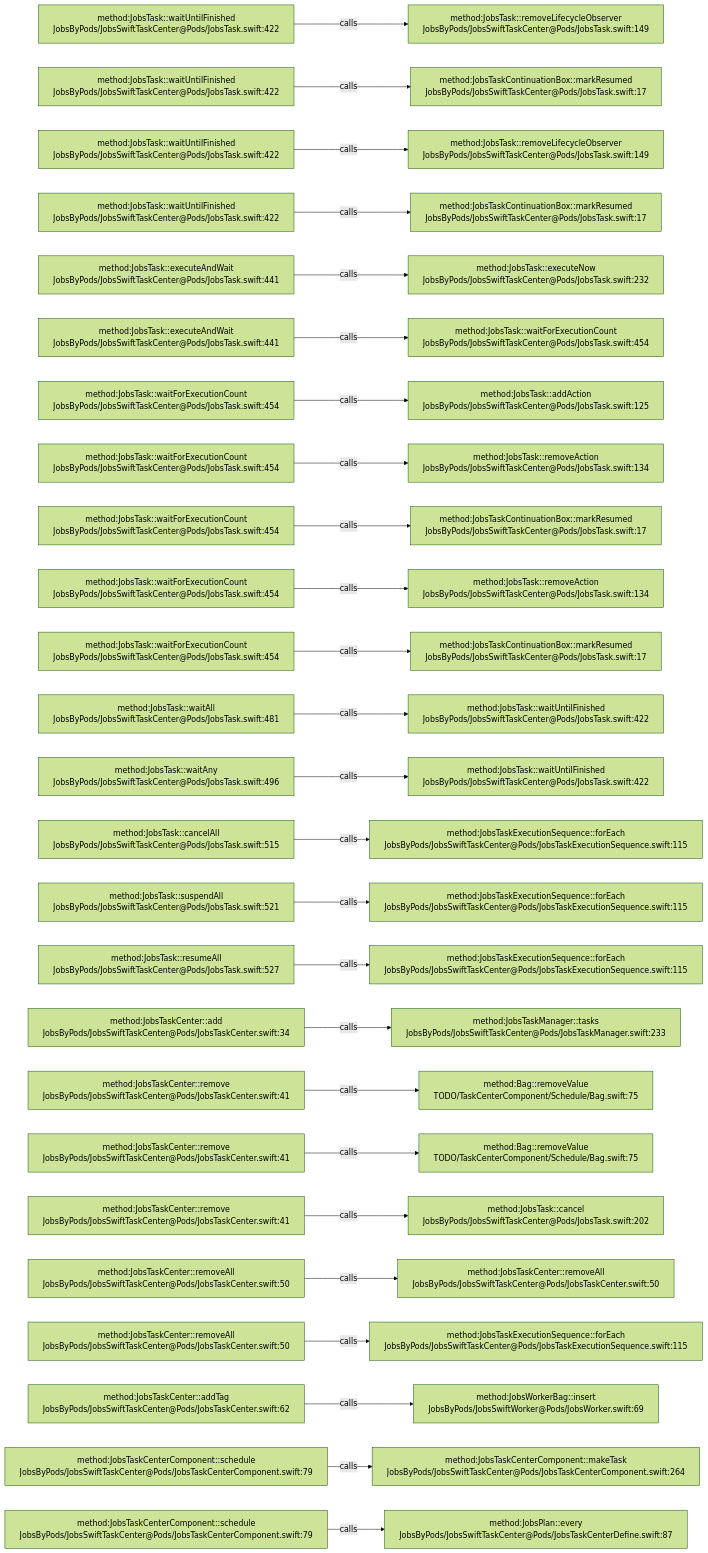
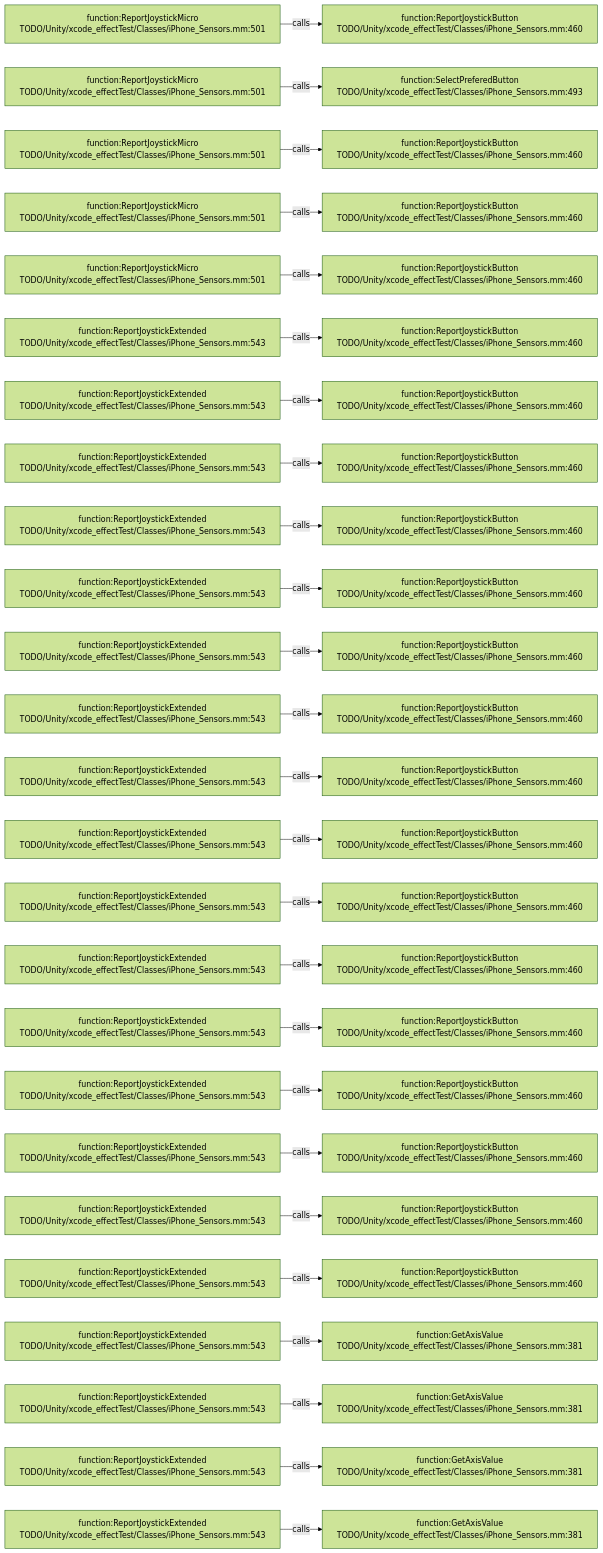
One commit to JobsKits/JobsSwiftBaseConfigDemo changed the diagram in .codegraph/codegraph.md/graphs/calls-052.md. Above: the diagram before and after it, drawn with Mermaid (forest theme). The commit also changed 227 other files, not shown here.

````diff
--- a/.codegraph/codegraph.md/graphs/calls-052.md
+++ b/.codegraph/codegraph.md/graphs/calls-052.md
@@ -13,78 +13,78 @@
 ```mermaid
 flowchart LR
-  S1["method:JobsTask::waitUntilFinished<br/>JobsByPods/JobsSwiftTaskCenter@Pods/JobsTask.swift:422"]
-  T1["method:JobsTask::removeLifecycleObserver<br/>JobsByPods/JobsSwiftTaskCenter@Pods/JobsTask.swift:149"]
+  S1["function:ReportJoystickMicro<br/>TODO/Unity/xcode_effectTest/Classes/iPhone_Sensors.mm:501"]
+  T1["function:ReportJoystickButton<br/>TODO/Unity/xcode_effectTest/Classes/iPhone_Sensors.mm:460"]
   S1 -->|calls| T1
-  S2["method:JobsTask::waitUntilFinished<br/>JobsByPods/JobsSwiftTaskCenter@Pods/JobsTask.swift:422"]
-  T2["method:JobsTaskContinuationBox::markResumed<br/>JobsByPods/JobsSwiftTaskCenter@Pods/JobsTask.swift:17"]
+  S2["function:ReportJoystickMicro<br/>TODO/Unity/xcode_effectTest/Classes/iPhone_Sensors.mm:501"]
+  T2["function:SelectPreferedButton<br/>TODO/Unity/xcode_effectTest/Classes/iPhone_Sensors.mm:493"]
   S2 -->|calls| T2
-  S3["method:JobsTask::waitUntilFinished<br/>JobsByPods/JobsSwiftTaskCenter@Pods/JobsTask.swift:422"]
-  T3["method:JobsTask::removeLifecycleObserver<br/>JobsByPods/JobsSwiftTaskCenter@Pods/JobsTask.swift:149"]
+  S3["function:ReportJoystickMicro<br/>TODO/Unity/xcode_effectTest/Classes/iPhone_Sensors.mm:501"]
+  T3["function:ReportJoystickButton<br/>TODO/Unity/xcode_effectTest/Classes/iPhone_Sensors.mm:460"]
   S3 -->|calls| T3
-  S4["method:JobsTask::waitUntilFinished<br/>JobsByPods/JobsSwiftTaskCenter@Pods/JobsTask.swift:422"]
-  T4["method:JobsTaskContinuationBox::markResumed<br/>JobsByPods/JobsSwiftTaskCenter@Pods/JobsTask.swift:17"]
+  S4["function:ReportJoystickMicro<br/>TODO/Unity/xcode_effectTest/Classes/iPhone_Sensors.mm:501"]
+  T4["function:ReportJoystickButton<br/>TODO/Unity/xcode_effectTest/Classes/iPhone_Sensors.mm:460"]
   S4 -->|calls| T4
-  S5["method:JobsTask::executeAndWait<br/>JobsByPods/JobsSwiftTaskCenter@Pods/JobsTask.swift:441"]
-  T5["method:JobsTask::executeNow<br/>JobsByPods/JobsSwiftTaskCenter@Pods/JobsTask.swift:232"]
+  S5["function:ReportJoystickMicro<br/>TODO/Unity/xcode_effectTest/Classes/iPhone_Sensors.mm:501"]
+  T5["function:ReportJoystickButton<br/>TODO/Unity/xcode_effectTest/Classes/iPhone_Sensors.mm:460"]
   S5 -->|calls| T5
-  S6["method:JobsTask::executeAndWait<br/>JobsByPods/JobsSwiftTaskCenter@Pods/JobsTask.swift:441"]
-  T6["method:JobsTask::waitForExecutionCount<br/>JobsByPods/JobsSwiftTaskCenter@Pods/JobsTask.swift:454"]
+  S6["function:ReportJoystickExtended<br/>TODO/Unity/xcode_effectTest/Classes/iPhone_Sensors.mm:543"]
+  T6["function:ReportJoystickButton<br/>TODO/Unity/xcode_effectTest/Classes/iPhone_Sensors.mm:460"]
   S6 -->|calls| T6
-  S7["method:JobsTask::waitForExecutionCount<br/>JobsByPods/JobsSwiftTaskCenter@Pods/JobsTask.swift:454"]
-  T7["method:JobsTask::addAction<br/>JobsByPods/JobsSwiftTaskCenter@Pods/JobsTask.swift:125"]
+  S7["function:ReportJoystickExtended<br/>TODO/Unity/xcode_effectTest/Classes/iPhone_Sensors.mm:543"]
+  T7["function:ReportJoystickButton<br/>TODO/Unity/xcode_effectTest/Classes/iPhone_Sensors.mm:460"]
   S7 -->|calls| T7
-  S8["method:JobsTask::waitForExecutionCount<br/>JobsByPods/JobsSwiftTaskCenter@Pods/JobsTask.swift:454"]
-  T8["method:JobsTask::removeAction<br/>JobsByPods/JobsSwiftTaskCenter@Pods/JobsTask.swift:134"]
+  S8["function:ReportJoystickExtended<br/>TODO/Unity/xcode_effectTest/Classes/iPhone_Sensors.mm:543"]
+  T8["function:ReportJoystickButton<br/>TODO/Unity/xcode_effectTest/Classes/iPhone_Sensors.mm:460"]
   S8 -->|calls| T8
-  S9["method:JobsTask::waitForExecutionCount<br/>JobsByPods/JobsSwiftTaskCenter@Pods/JobsTask.swift:454"]
-  T9["method:JobsTaskContinuationBox::markResumed<br/>JobsByPods/JobsSwiftTaskCenter@Pods/JobsTask.swift:17"]
+  S9["function:ReportJoystickExtended<br/>TODO/Unity/xcode_effectTest/Classes/iPhone_Sensors.mm:543"]
+  T9["function:ReportJoystickButton<br/>TODO/Unity/xcode_effectTest/Classes/iPhone_Sensors.mm:460"]
   S9 -->|calls| T9
-  S10["method:JobsTask::waitForExecutionCount<br/>JobsByPods/JobsSwiftTaskCenter@Pods/JobsTask.swift:454"]
-  T10["method:JobsTask::removeAction<br/>JobsByPods/JobsSwiftTaskCenter@Pods/JobsTask.swift:134"]
+  S10["function:ReportJoystickExtended<br/>TODO/Unity/xcode_effectTest/Classes/iPhone_Sensors.mm:543"]
+  T10["function:ReportJoystickButton<br/>TODO/Unity/xcode_effectTest/Classes/iPhone_Sensors.mm:460"]
   S10 -->|calls| T10
-  S11["method:JobsTask::waitForExecutionCount<br/>JobsByPods/JobsSwiftTaskCenter@Pods/JobsTask.swift:454"]
-  T11["method:JobsTaskContinuationBox::markResumed<br/>JobsByPods/JobsSwiftTaskCenter@Pods/JobsTask.swift:17"]
+  S11["function:ReportJoystickExtended<br/>TODO/Unity/xcode_effectTest/Classes/iPhone_Sensors.mm:543"]
+  T11["function:ReportJoystickButton<br/>TODO/Unity/xcode_effectTest/Classes/iPhone_Sensors.mm:460"]
   S11 -->|calls| T11
-  S12["method:JobsTask::waitAll<br/>JobsByPods/JobsSwiftTaskCenter@Pods/JobsTask.swift:481"]
-  T12["method:JobsTask::waitUntilFinished<br/>JobsByPods/JobsSwiftTaskCenter@Pods/JobsTask.swift:422"]
+  S12["function:ReportJoystickExtended<br/>TODO/Unity/xcode_effectTest/Classes/iPhone_Sensors.mm:543"]
+  T12["function:ReportJoystickButton<br/>TODO/Unity/xcode_effectTest/Classes/iPhone_Sensors.mm:460"]
   S12 -->|calls| T12
-  S13["method:JobsTask::waitAny<br/>JobsByPods/JobsSwiftTaskCenter@Pods/JobsTask.swift:496"]
-  T13["method:JobsTask::waitUntilFinished<br/>JobsByPods/JobsSwiftTaskCenter@Pods/JobsTask.swift:422"]
+  S13["function:ReportJoystickExtended<br/>TODO/Unity/xcode_effectTest/Classes/iPhone_Sensors.mm:543"]
+  T13["function:ReportJoystickButton<br/>TODO/Unity/xcode_effectTest/Classes/iPhone_Sensors.mm:460"]
   S13 -->|calls| T13
-  S14["method:JobsTask::cancelAll<br/>JobsByPods/JobsSwiftTaskCenter@Pods/JobsTask.swift:515"]
-  T14["method:JobsTaskExecutionSequence::forEach<br/>JobsByPods/JobsSwiftTaskCenter@Pods/JobsTaskExecutionSequence.swift:115"]
+  S14["function:ReportJoystickExtended<br/>TODO/Unity/xcode_effectTest/Classes/iPhone_Sensors.mm:543"]
+  T14["function:ReportJoystickButton<br/>TODO/Unity/xcode_effectTest/Classes/iPhone_Sensors.mm:460"]
   S14 -->|calls| T14
-  S15["method:JobsTask::suspendAll<br/>JobsByPods/JobsSwiftTaskCenter@Pods/JobsTask.swift:521"]
-  T15["method:JobsTaskExecutionSequence::forEach<br/>JobsByPods/JobsSwiftTaskCenter@Pods/JobsTaskExecutionSequence.swift:115"]
+  S15["function:ReportJoystickExtended<br/>TODO/Unity/xcode_effectTest/Classes/iPhone_Sensors.mm:543"]
+  T15["function:ReportJoystickButton<br/>TODO/Unity/xcode_effectTest/Classes/iPhone_Sensors.mm:460"]
   S15 -->|calls| T15
-  S16["method:JobsTask::resumeAll<br/>JobsByPods/JobsSwiftTaskCenter@Pods/JobsTask.swift:527"]
-  T16["method:JobsTaskExecutionSequence::forEach<br/>JobsByPods/JobsSwiftTaskCenter@Pods/JobsTaskExecutionSequence.swift:115"]
+  S16["function:ReportJoystickExtended<br/>TODO/Unity/xcode_effectTest/Classes/iPhone_Sensors.mm:543"]
+  T16["function:ReportJoystickButton<br/>TODO/Unity/xcode_effectTest/Classes/iPhone_Sensors.mm:460"]
   S16 -->|calls| T16
-  S17["method:JobsTaskCenter::add<br/>JobsByPods/JobsSwiftTaskCenter@Pods/JobsTaskCenter.swift:34"]
-  T17["method:JobsTaskManager::tasks<br/>JobsByPods/JobsSwiftTaskCenter@Pods/JobsTaskManager.swift:233"]
+  S17["function:ReportJoystickExtended<br/>TODO/Unity/xcode_effectTest/Classes/iPhone_Sensors.mm:543"]
+  T17["function:ReportJoystickButton<br/>TODO/Unity/xcode_effectTest/Classes/iPhone_Sensors.mm:460"]
   S17 -->|calls| T17
-  S18["method:JobsTaskCenter::remove<br/>JobsByPods/JobsSwiftTaskCenter@Pods/JobsTaskCenter.swift:41"]
-  T18["method:Bag::removeValue<br/>TODO/TaskCenterComponent/Schedule/Bag.swift:75"]
+  S18["function:ReportJoystickExtended<br/>TODO/Unity/xcode_effectTest/Classes/iPhone_Sensors.mm:543"]
+  T18["function:ReportJoystickButton<br/>TODO/Unity/xcode_effectTest/Classes/iPhone_Sensors.mm:460"]
   S18 -->|calls| T18
-  S19["method:JobsTaskCenter::remove<br/>JobsByPods/JobsSwiftTaskCenter@Pods/JobsTaskCenter.swift:41"]
-  T19["method:Bag::removeValue<br/>TODO/TaskCenterComponent/Schedule/Bag.swift:75"]
+  S19["function:ReportJoystickExtended<br/>TODO/Unity/xcode_effectTest/Classes/iPhone_Sensors.mm:543"]
+  T19["function:ReportJoystickButton<br/>TODO/Unity/xcode_effectTest/Classes/iPhone_Sensors.mm:460"]
   S19 -->|calls| T19
-  S20["method:JobsTaskCenter::remove<br/>JobsByPods/JobsSwiftTaskCenter@Pods/JobsTaskCenter.swift:41"]
-  T20["method:JobsTask::cancel<br/>JobsByPods/JobsSwiftTaskCenter@Pods/JobsTask.swift:202"]
+  S20["function:ReportJoystickExtended<br/>TODO/Unity/xcode_effectTest/Classes/iPhone_Sensors.mm:543"]
+  T20["function:ReportJoystickButton<br/>TODO/Unity/xcode_effectTest/Classes/iPhone_Sensors.mm:460"]
   S20 -->|calls| T20
-  S21["method:JobsTaskCenter::removeAll<br/>JobsByPods/JobsSwiftTaskCenter@Pods/JobsTaskCenter.swift:50"]
-  T21["method:JobsTaskCenter::removeAll<br/>JobsByPods/JobsSwiftTaskCenter@Pods/JobsTaskCenter.swift:50"]
+  S21["function:ReportJoystickExtended<br/>TODO/Unity/xcode_effectTest/Classes/iPhone_Sensors.mm:543"]
+  T21["function:ReportJoystickButton<br/>TODO/Unity/xcode_effectTest/Classes/iPhone_Sensors.mm:460"]
   S21 -->|calls| T21
-  S22["method:JobsTaskCenter::removeAll<br/>JobsByPods/JobsSwiftTaskCenter@Pods/JobsTaskCenter.swift:50"]
-  T22["method:JobsTaskExecutionSequence::forEach<br/>JobsByPods/JobsSwiftTaskCenter@Pods/JobsTaskExecutionSequence.swift:115"]
+  S22["function:ReportJoystickExtended<br/>TODO/Unity/xcode_effectTest/Classes/iPhone_Sensors.mm:543"]
+  T22["function:GetAxisValue<br/>TODO/Unity/xcode_effectTest/Classes/iPhone_Sensors.mm:381"]
   S22 -->|calls| T22
-  S23["method:JobsTaskCenter::addTag<br/>JobsByPods/JobsSwiftTaskCenter@Pods/JobsTaskCenter.swift:62"]
-  T23["method:JobsWorkerBag::insert<br/>JobsByPods/JobsSwiftWorker@Pods/JobsWorker.swift:69"]
+  S23["function:ReportJoystickExtended<br/>TODO/Unity/xcode_effectTest/Classes/iPhone_Sensors.mm:543"]
+  T23["function:GetAxisValue<br/>TODO/Unity/xcode_effectTest/Classes/iPhone_Sensors.mm:381"]
   S23 -->|calls| T23
-  S24["method:JobsTaskCenterComponent::schedule<br/>JobsByPods/JobsSwiftTaskCenter@Pods/JobsTaskCenterComponent.swift:79"]
-  T24["method:JobsTaskCenterComponent::makeTask<br/>JobsByPods/JobsSwiftTaskCenter@Pods/JobsTaskCenterComponent.swift:264"]
+  S24["function:ReportJoystickExtended<br/>TODO/Unity/xcode_effectTest/Classes/iPhone_Sensors.mm:543"]
+  T24["function:GetAxisValue<br/>TODO/Unity/xcode_effectTest/Classes/iPhone_Sensors.mm:381"]
   S24 -->|calls| T24
-  S25["method:JobsTaskCenterComponent::schedule<br/>JobsByPods/JobsSwiftTaskCenter@Pods/JobsTaskCenterComponent.swift:79"]
-  T25["method:JobsPlan::every<br/>JobsByPods/JobsSwiftTaskCenter@Pods/JobsTaskCenterDefine.swift:87"]
+  S25["function:ReportJoystickExtended<br/>TODO/Unity/xcode_effectTest/Classes/iPhone_Sensors.mm:543"]
+  T25["function:GetAxisValue<br/>TODO/Unity/xcode_effectTest/Classes/iPhone_Sensors.mm:381"]
   S25 -->|calls| T25
 ```
````
